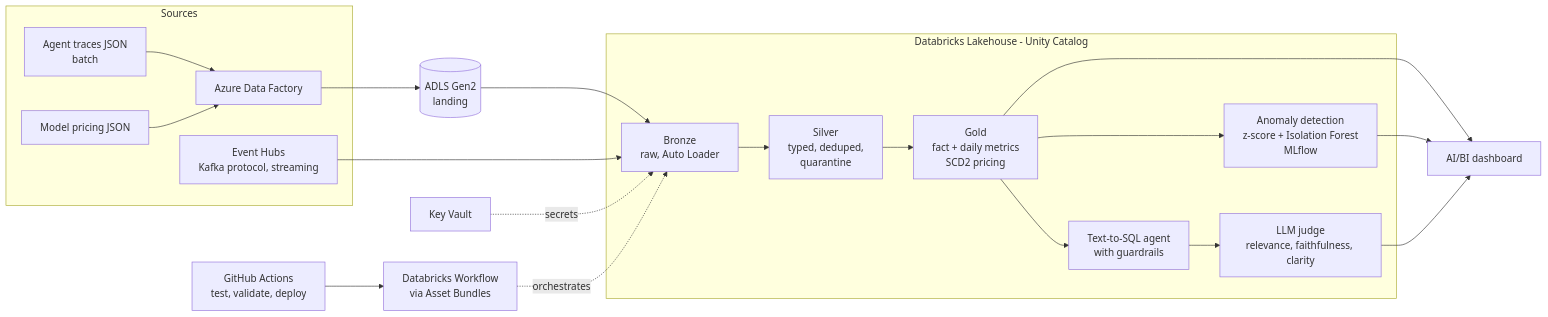
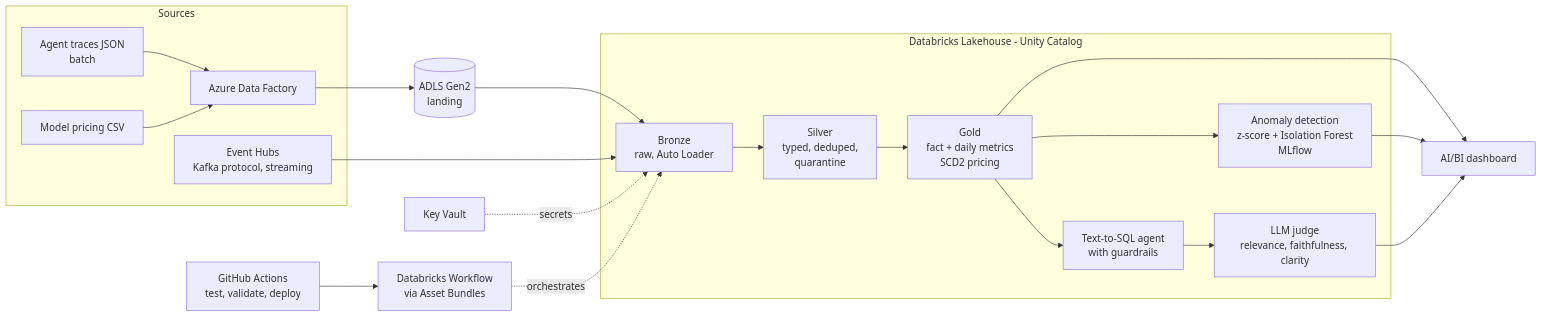
The diagram in README.md (sgaind-data/agentops-lakehouse), drawn with Mermaid before and after one commit.

Commit message:
README: pricing source is a CSV, not JSON

````diff
--- a/README.md
+++ b/README.md
@@ -13,24 +13,24 @@
 ```mermaid
 flowchart LR
     subgraph Sources
         A[Agent traces JSON<br/>batch] --> ADF
-        P[Model pricing JSON] --> ADF
+        P[Model pricing CSV] --> ADF
         E[Event Hubs<br/>Kafka protocol, streaming] 
     end
     ADF[Azure Data Factory] --> L[(ADLS Gen2<br/>landing)]
     L --> B
     E --> B
     subgraph Databricks Lakehouse - Unity Catalog
         B[Bronze<br/>raw, Auto Loader] --> S[Silver<br/>typed, deduped,<br/>quarantine]
         S --> G[Gold<br/>fact + daily metrics<br/>SCD2 pricing]
         G --> ML[Anomaly detection<br/>z-score + Isolation Forest<br/>MLflow]
         G --> AG[Text-to-SQL agent<br/>with guardrails]
         AG --> J[LLM judge<br/>relevance, faithfulness, clarity]
     end
     G --> D[AI/BI dashboard]
     ML --> D
     J --> D
     KV[Key Vault] -.secrets.-> B
     GH[GitHub Actions<br/>test, validate, deploy] --> WF[Databricks Workflow<br/>via Asset Bundles]
     WF -.orchestrates.-> B
 ```
````
